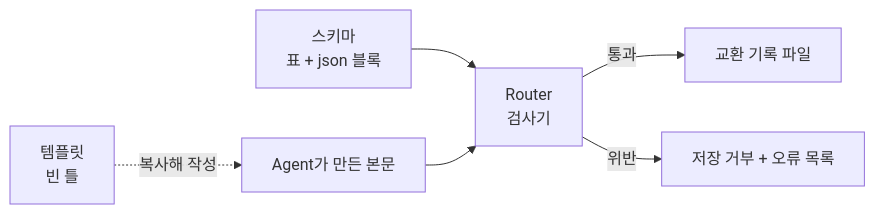
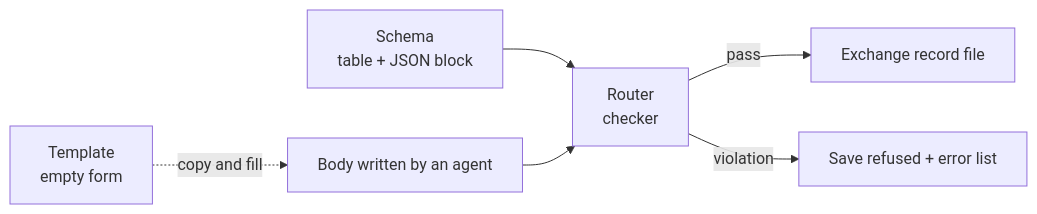
The diagram in AI/Task_and_Record_Schema_agent.md (jinwoongkwak/AGENT_NODE_GOVERNANCE), drawn with Mermaid before and after one commit. The commit also changed other lines of this file and 43 other files, not shown here.

````diff
--- a/AI/Task_and_Record_Schema_agent.md
+++ b/AI/Task_and_Record_Schema_agent.md
@@ -47,8 +47,8 @@
 ```mermaid
 flowchart LR
-    T["템플릿<br/>빈 틀"] -.->|복사해 작성| A["Agent가 만든 본문"]
-    S["스키마<br/>표 + json 블록"] --> R["Router<br/>검사기"]
+    T["Template<br/>empty form"] -.->|copy and fill| A["Body written by an agent"]
+    S["Schema<br/>table + JSON block"] --> R["Router<br/>checker"]
     A --> R
-    R -->|통과| F["교환 기록 파일"]
-    R -->|위반| X["저장 거부 + 오류 목록"]
+    R -->|pass| F["Exchange record file"]
+    R -->|violation| X["Save refused + error list"]
 ```
````
